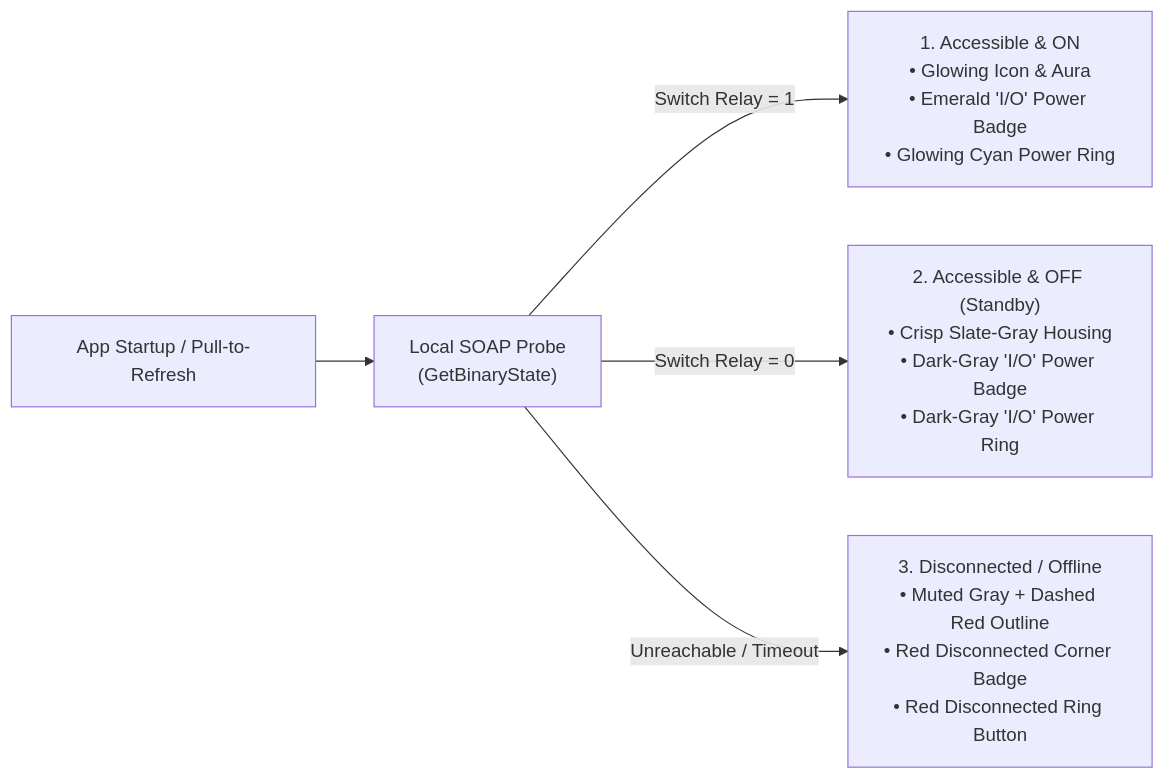
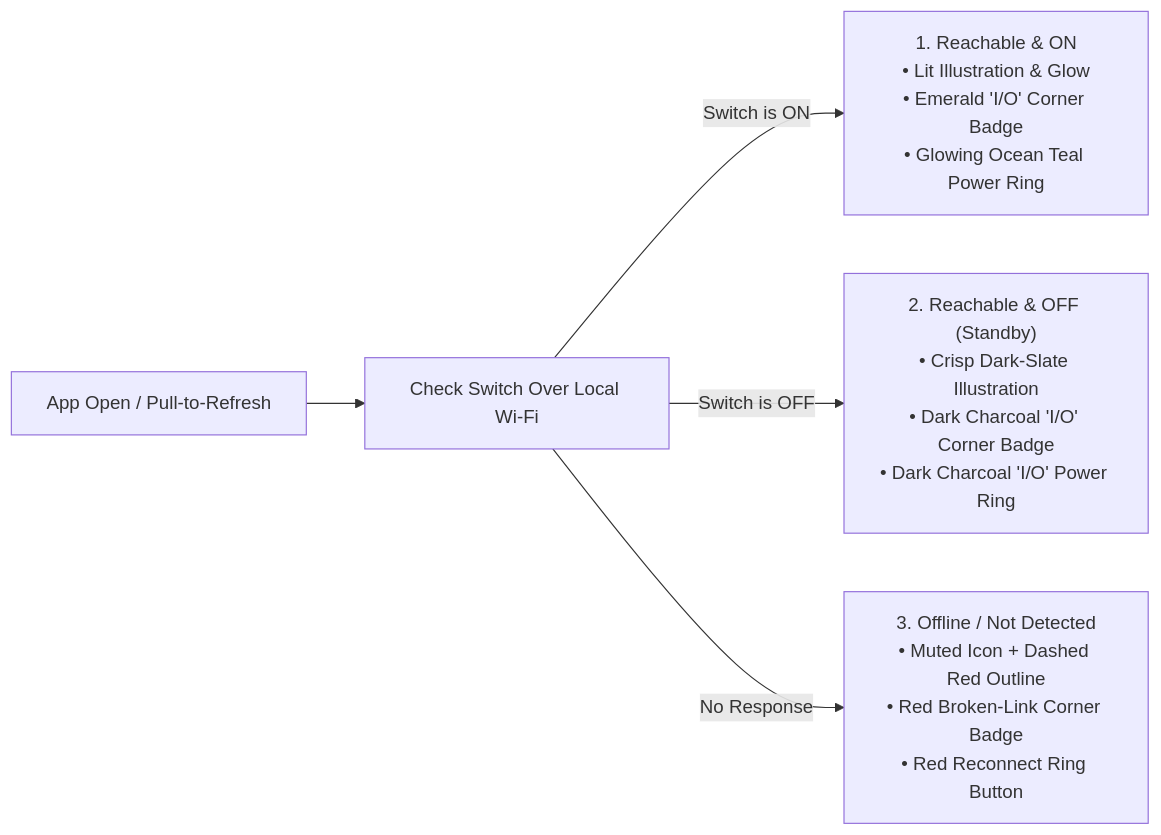
The diagram in docs/user-guide/main-screen.md (MichaelRHead/WeMi-light-control), drawn with Mermaid before and after one commit. The commit also changed other lines of this file and 19 other files, not shown here.

````diff
--- a/docs/user-guide/main-screen.md
+++ b/docs/user-guide/main-screen.md
@@ -27,7 +32,7 @@
 ```mermaid
 flowchart LR
-    Startup["App Startup / Pull-to-Refresh"] --> Probe["Local SOAP Probe\n(GetBinaryState)"]
-    Probe -->|Switch Relay = 1| StateOn["1. Accessible & ON\n• Glowing Icon & Aura\n• Emerald 'I/O' Power Badge\n• Glowing Cyan Power Ring"]
-    Probe -->|Switch Relay = 0| StateOff["2. Accessible & OFF (Standby)\n• Crisp Slate-Gray Housing\n• Dark-Gray 'I/O' Power Badge\n• Dark-Gray 'I/O' Power Ring"]
-    Probe -->|Unreachable / Timeout| StateOffline["3. Disconnected / Offline\n• Muted Gray + Dashed Red Outline\n• Red Disconnected Corner Badge\n• Red Disconnected Ring Button"]
+    Startup["App Open / Pull-to-Refresh"] --> Probe["Check Switch Over Local Wi-Fi"]
+    Probe -->|Switch is ON| StateOn["1. Reachable & ON\n• Lit Illustration & Glow\n• Emerald 'I/O' Corner Badge\n• Glowing Ocean Teal Power Ring"]
+    Probe -->|Switch is OFF| StateOff["2. Reachable & OFF (Standby)\n• Crisp Dark-Slate Illustration\n• Dark Charcoal 'I/O' Corner Badge\n• Dark Charcoal 'I/O' Power Ring"]
+    Probe -->|No Response| StateOffline["3. Offline / Not Detected\n• Muted Icon + Dashed Red Outline\n• Red Broken-Link Corner Badge\n• Red Reconnect Ring Button"]
 ```
````
